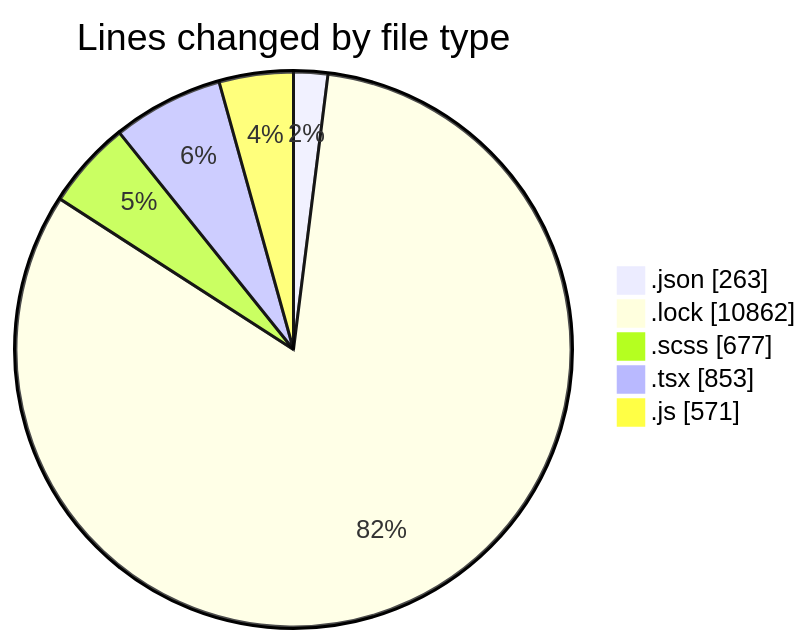
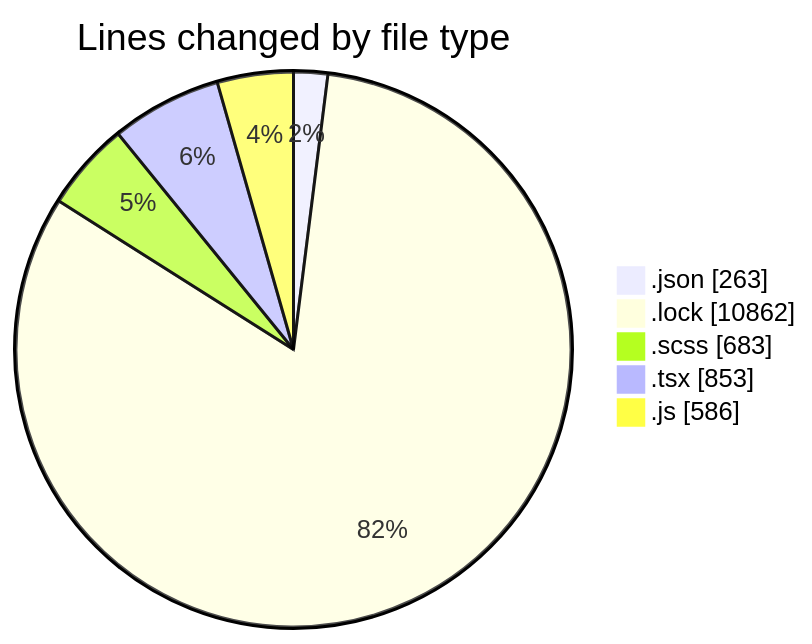
One commit to momahboobian/code-tracking changed the first of 2 diagrams in 2026-05-18/cda/README.md. Above: the diagram before and after it, drawn with Mermaid. The commit also changed other lines of this file and 1 other file, not shown here.

````diff
--- a/2026-05-18/cda/README.md
+++ b/2026-05-18/cda/README.md
@@ -35,9 +35,9 @@
 ```mermaid
 pie showData
 title Lines changed by file type
 ".json" : 263
 ".lock" : 10862
-".scss" : 677
+".scss" : 683
 ".tsx" : 853
-".js" : 571
+".js" : 586
 ```
````
